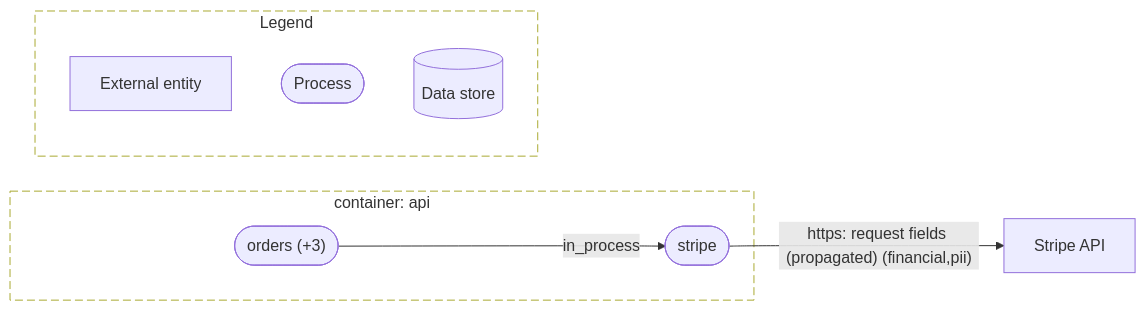
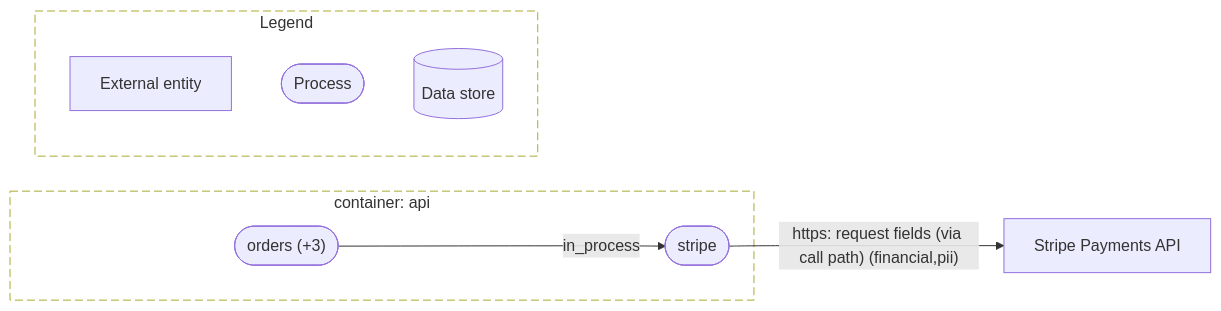
The diagram in evaluation/orders-service-example/diagrams/dfd-l2-7hcvlzq6va.mmd (AskShri/code2designmapping), drawn with Mermaid before and after one commit. The commit also changed 164 other files, not shown here.

```diff
--- a/evaluation/orders-service-example/diagrams/dfd-l2-7hcvlzq6va.mmd
+++ b/evaluation/orders-service-example/diagrams/dfd-l2-7hcvlzq6va.mmd
@@ -1,16 +1,16 @@
 %% L2: payments
 flowchart LR
   subgraph bnd_uvq3irjstn["container: api"]
     proc_rlda3c52k2(["stripe"])
     proc_tv5mzaefoi(["orders (+3)"])
   end
-  ext_slqdx4hifp["Stripe API"]
-  proc_rlda3c52k2 -->|"https: request fields (propagated) (financial,pii)"| ext_slqdx4hifp
+  ext_slqdx4hifp["Stripe Payments API"]
+  proc_rlda3c52k2 -->|"https: request fields (via call path) (financial,pii)"| ext_slqdx4hifp
   proc_tv5mzaefoi -->|"in_process"| proc_rlda3c52k2
   style bnd_uvq3irjstn stroke-dasharray: 8 4,fill:none
   subgraph legend["Legend"]
     lg_e["External entity"]
     lg_p(["Process"])
     lg_s[("Data store")]
   end
   style legend stroke-dasharray: 8 4,fill:none
```
